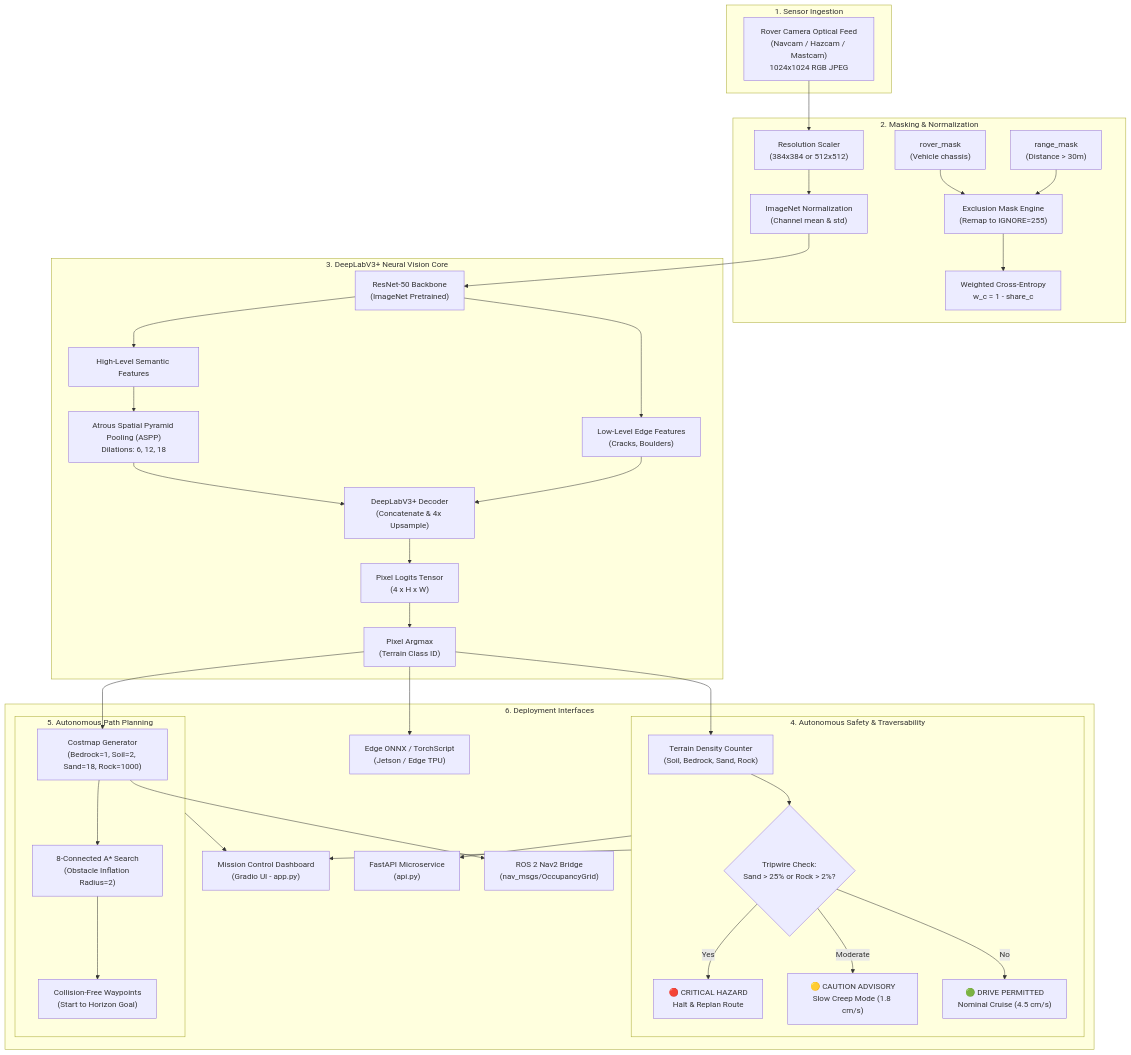
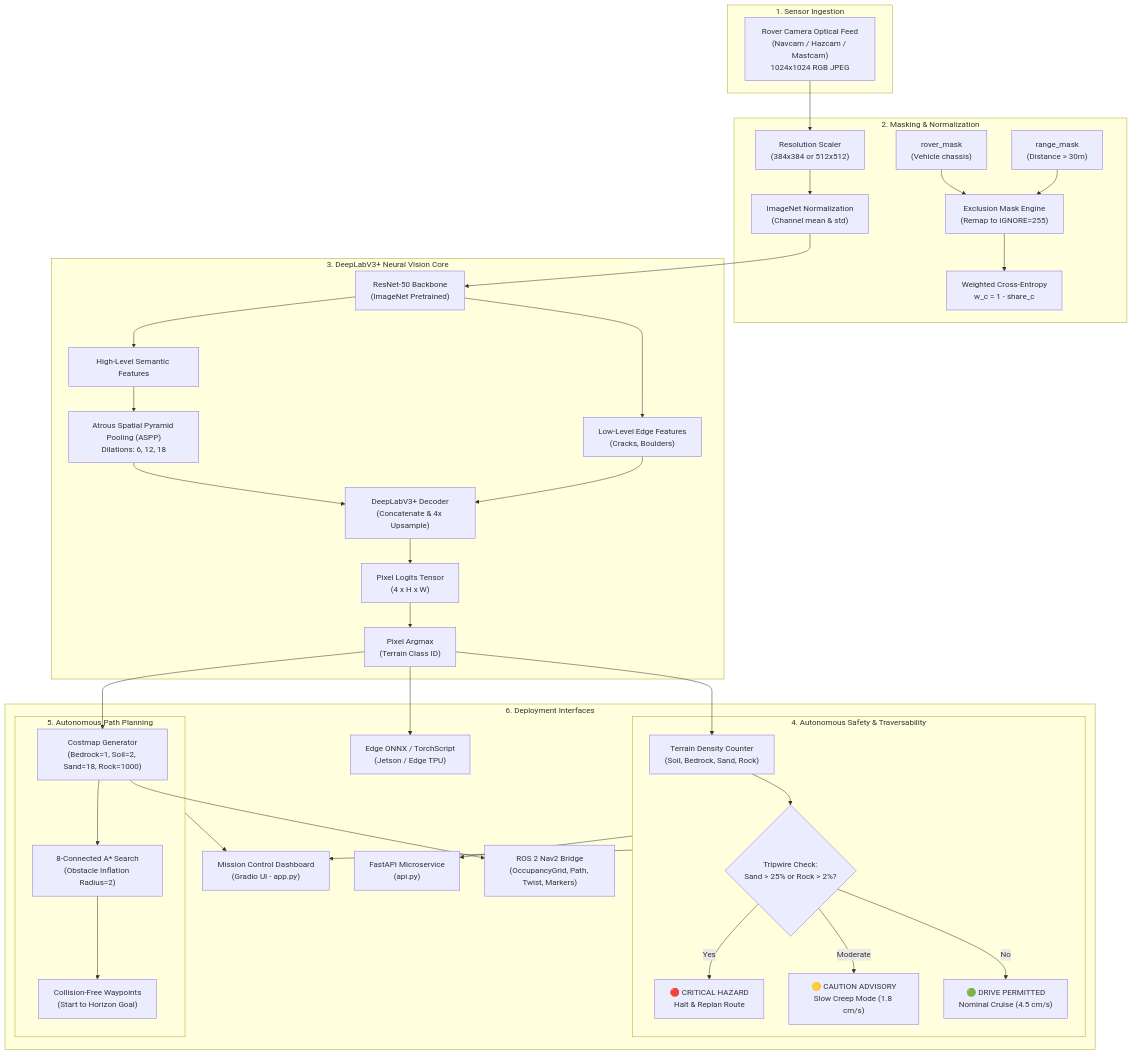
Before and after one commit to sushantguri/-Rover: the diagram in docs/ARCHITECTURE.md, drawn with Mermaid. The commit also changed other lines of this file and 1 other file, not shown here.

Commit message:
docs: Document optical sensor watchdog, Sol SoC mission simulator, and ROS 2 Nav2 export

````diff
--- a/docs/ARCHITECTURE.md
+++ b/docs/ARCHITECTURE.md
@@ -9,47 +9,47 @@
 ```mermaid
 flowchart TD
     subgraph SENSORS["1. Sensor Ingestion"]
         CAM["Rover Camera Optical Feed\n(Navcam / Hazcam / Mastcam)\n1024x1024 RGB JPEG"]
     end
 
     subgraph PREPROCESSING["2. Masking & Normalization"]
         CAM --> RESIZE["Resolution Scaler\n(384x384 or 512x512)"]
         RESIZE --> NORM["ImageNet Normalization\n(Channel mean & std)"]
         ROVER_M["rover_mask\n(Vehicle chassis)"] --> MASK_ENGINE["Exclusion Mask Engine\n(Remap to IGNORE=255)"]
         RANGE_M["range_mask\n(Distance > 30m)"] --> MASK_ENGINE
         MASK_ENGINE --> LOSS["Weighted Cross-Entropy\nw_c = 1 - share_c"]
     end
 
     subgraph NEURAL_CORE["3. DeepLabV3+ Neural Vision Core"]
         NORM --> BACKBONE["ResNet-50 Backbone\n(ImageNet Pretrained)"]
         BACKBONE --> LOW_FEAT["Low-Level Edge Features\n(Cracks, Boulders)"]
         BACKBONE --> HIGH_FEAT["High-Level Semantic Features"]
         HIGH_FEAT --> ASPP["Atrous Spatial Pyramid Pooling (ASPP)\nDilations: 6, 12, 18"]
         ASPP --> DECODER["DeepLabV3+ Decoder\n(Concatenate & 4x Upsample)"]
         LOW_FEAT --> DECODER
         DECODER --> LOGITS["Pixel Logits Tensor\n(4 x H x W)"]
         LOGITS --> ARGMAX["Pixel Argmax\n(Terrain Class ID)"]
     end
 
     subgraph SAFETY_ENGINE["4. Autonomous Safety & Traversability"]
         ARGMAX --> DENSITY["Terrain Density Counter\n(Soil, Bedrock, Sand, Rock)"]
         DENSITY --> SAFETY_RULE{"Tripwire Check:\nSand > 25% or Rock > 2%?"}
         SAFETY_RULE -- Yes --> HALT["🔴 CRITICAL HAZARD\nHalt & Replan Route"]
         SAFETY_RULE -- Moderate --> CREEP["🟡 CAUTION ADVISORY\nSlow Creep Mode (1.8 cm/s)"]
         SAFETY_RULE -- No --> NOMINAL["🟢 DRIVE PERMITTED\nNominal Cruise (4.5 cm/s)"]
     end
 
     subgraph PATH_PLANNER["5. Autonomous Path Planning"]
         ARGMAX --> COSTMAP["Costmap Generator\n(Bedrock=1, Soil=2, Sand=18, Rock=1000)"]
         COSTMAP --> ASTAR["8-Connected A* Search\n(Obstacle Inflation Radius=2)"]
         ASTAR --> TRAJECTORY["Collision-Free Waypoints\n(Start to Horizon Goal)"]
     end
 
     subgraph DEPLOYMENT["6. Deployment Interfaces"]
         SAFETY_ENGINE --> GRADIO["Mission Control Dashboard\n(Gradio UI - app.py)"]
         PATH_PLANNER --> GRADIO
         SAFETY_ENGINE --> REST["FastAPI Microservice\n(api.py)"]
-        COSTMAP --> ROS2["ROS 2 Nav2 Bridge\n(nav_msgs/OccupancyGrid)"]
+        COSTMAP --> ROS2["ROS 2 Nav2 Bridge\n(OccupancyGrid, Path, Twist, Markers)"]
         ARGMAX --> ONNX_CORE["Edge ONNX / TorchScript\n(Jetson / Edge TPU)"]
     end
 ```
````
